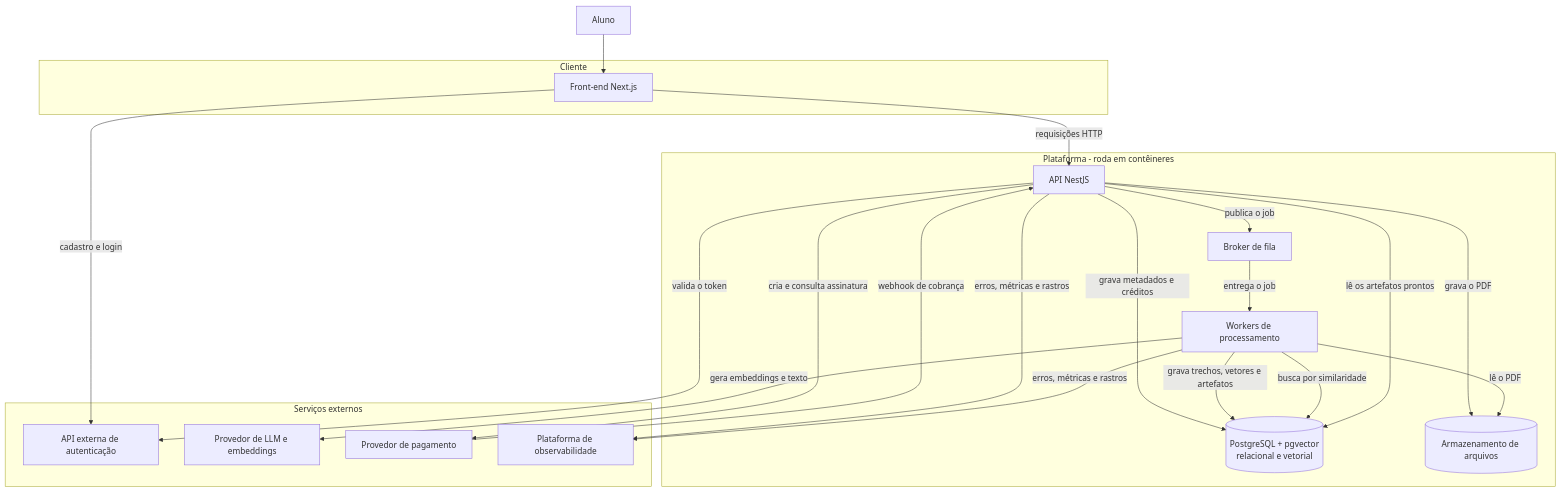
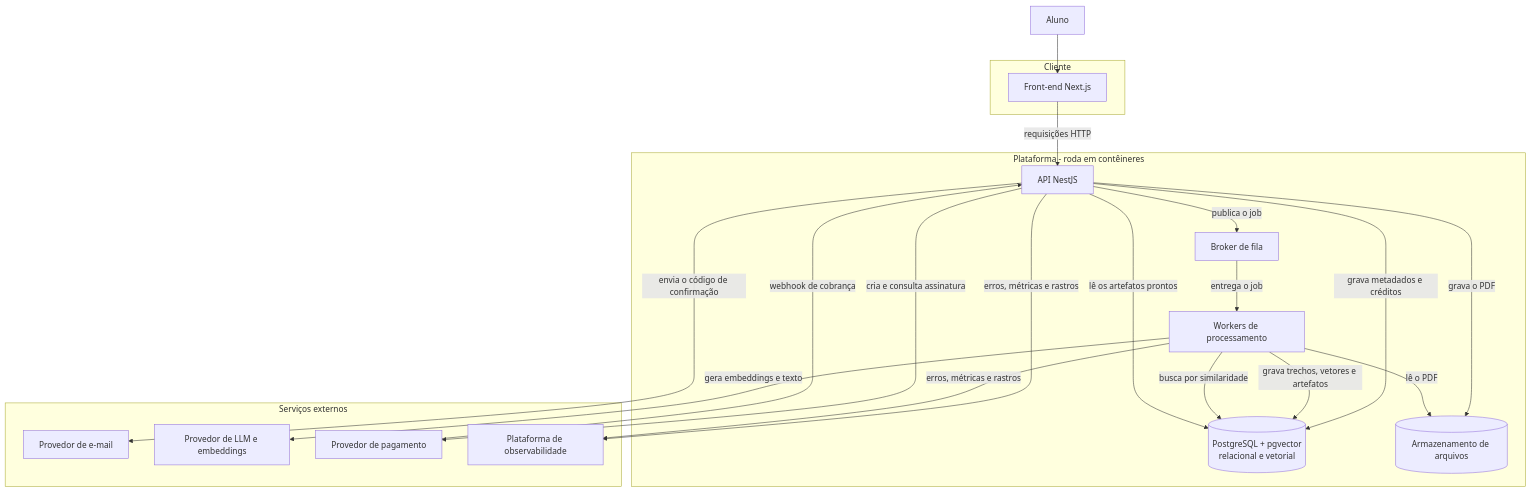
One commit to Danielti2014/yourjourney changed the first of 4 diagrams in README.md. Above: the diagram before and after it, drawn with Mermaid. The commit also changed other lines of this file, not shown here.

````diff
--- a/README.md
+++ b/README.md
@@ -283,41 +298,40 @@
 ```mermaid
 flowchart TB
     Aluno["Aluno"]
 
     subgraph cliente["Cliente"]
         Web["Front-end Next.js"]
     end
 
     subgraph plataforma["Plataforma - roda em contêineres"]
         API["API NestJS"]
         Broker["Broker de fila"]
         Worker["Workers de processamento"]
         Postgres[("PostgreSQL + pgvector<br/>relacional e vetorial")]
         Arquivos[("Armazenamento de arquivos")]
     end
 
     subgraph externos["Serviços externos"]
-        Auth["API externa de autenticação"]
+        Email["Provedor de e-mail"]
         LLM["Provedor de LLM e embeddings"]
         Pagamento["Provedor de pagamento"]
         Obs["Plataforma de observabilidade"]
     end
 
     Aluno --> Web
     Web -->|requisições HTTP| API
-    Web -->|cadastro e login| Auth
-    API -->|valida o token| Auth
+    API -->|envia o código de confirmação| Email
     API -->|grava o PDF| Arquivos
     API -->|grava metadados e créditos| Postgres
     API -->|publica o job| Broker
     Broker -->|entrega o job| Worker
     Worker -->|lê o PDF| Arquivos
     Worker -->|gera embeddings e texto| LLM
     Worker -->|grava trechos, vetores e artefatos| Postgres
     Worker -->|busca por similaridade| Postgres
     API -->|lê os artefatos prontos| Postgres
     API -->|cria e consulta assinatura| Pagamento
     Pagamento -->|webhook de cobrança| API
     API -->|erros, métricas e rastros| Obs
     Worker -->|erros, métricas e rastros| Obs
 ```
````
